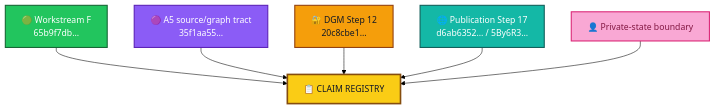
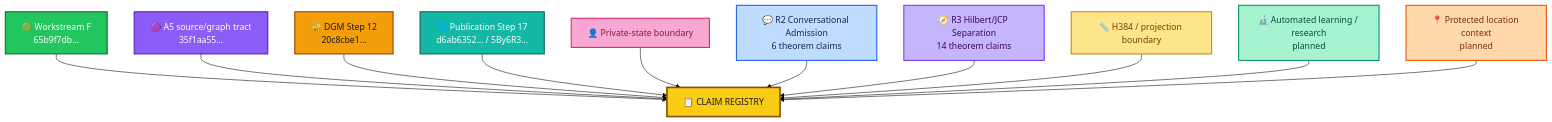
One commit to kiddstechnical/ALLIS-Artificial-Learning-and-Location-Intelligence-System changed the third of 5 diagrams in claims/claim-registry.md. Above: the diagram before and after it, drawn with Mermaid (forest theme). The commit also changed other lines of this file, not shown here.

````diff
--- a/claims/claim-registry.md
+++ b/claims/claim-registry.md
@@ -1192,23 +1815,38 @@
 ```mermaid
 flowchart TB
     C["📋 CLAIM REGISTRY"]:::registry
 
     F["🟢 Workstream F<br/>65b9f7db…"]:::f
     A["🟣 A5 source/graph tract<br/>35f1aa55…"]:::a
     D["🔐 DGM Step 12<br/>20c8cbe1…"]:::d
     P["🌐 Publication Step 17<br/>d6ab6352… / 5By6R3…"]:::p
     H["👤 Private-state boundary"]:::h
+    CHAT["💬 R2 Conversational Admission<br/>6 theorem claims"]:::chat
+    HJCP["🧭 R3 Hilbert/JCP Separation<br/>14 theorem claims"]:::hjcp
+    H384["📏 H384 / projection boundary"]:::h384
+    ALR["🔬 Automated learning / research<br/>planned"]:::alr
+    LOC["📍 Protected location context<br/>planned"]:::loc
 
     F --> C
     A --> C
     D --> C
     P --> C
     H --> C
+    CHAT --> C
+    HJCP --> C
+    H384 --> C
+    ALR --> C
+    LOC --> C
 
+    classDef chat fill:#bfdbfe,stroke:#2563eb,color:#172554,stroke-width:2px;
+    classDef hjcp fill:#c4b5fd,stroke:#7c3aed,color:#3b0764,stroke-width:2px;
+    classDef h384 fill:#fde68a,stroke:#ca8a04,color:#713f12,stroke-width:2px;
+    classDef alr fill:#a7f3d0,stroke:#059669,color:#064e3b,stroke-width:2px;
+    classDef loc fill:#fed7aa,stroke:#ea580c,color:#7c2d12,stroke-width:2px;
     classDef registry fill:#facc15,stroke:#854d0e,color:#111827,stroke-width:3px;
     classDef f fill:#22c55e,stroke:#166534,color:#ffffff,stroke-width:2px;
     classDef a fill:#8b5cf6,stroke:#5b21b6,color:#ffffff,stroke-width:2px;
     classDef d fill:#f59e0b,stroke:#92400e,color:#111827,stroke-width:2px;
     classDef p fill:#14b8a6,stroke:#115e59,color:#ffffff,stroke-width:2px;
     classDef h fill:#f9a8d4,stroke:#db2777,color:#831843,stroke-width:2px;
 ```
````
